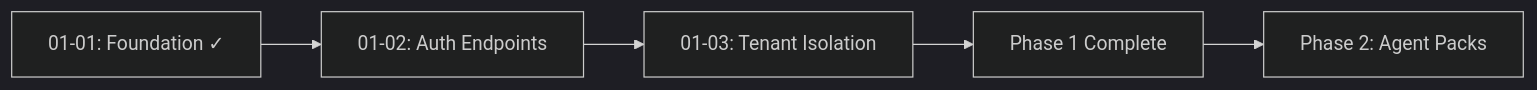
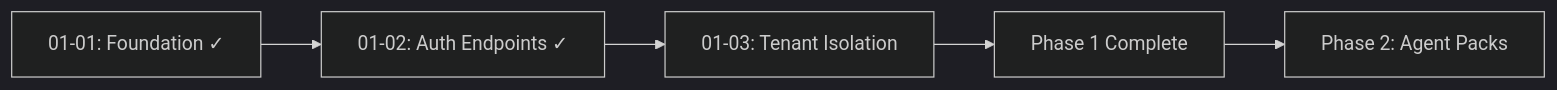
The diagram in .planning/STATE.md (hungphongtrn/minerva), drawn with Mermaid (dark theme) before and after one commit. The commit also changed other lines of this file and 1 other file, not shown here.

First line of the commit message:
docs(01-02): complete authentication endpoints plan

````diff
--- a/.planning/STATE.md
+++ b/.planning/STATE.md
@@ -18,7 +18,7 @@
 ```mermaid
 flowchart LR
-  S1[01-01: Foundation ✓] --> S2[01-02: Auth Endpoints]
+  S1[01-01: Foundation ✓] --> S2[01-02: Auth Endpoints ✓]
   S2 --> S3[01-03: Tenant Isolation]
   S3 --> S4[Phase 1 Complete]
   S4 --> S5[Phase 2: Agent Packs]
 ```
````
